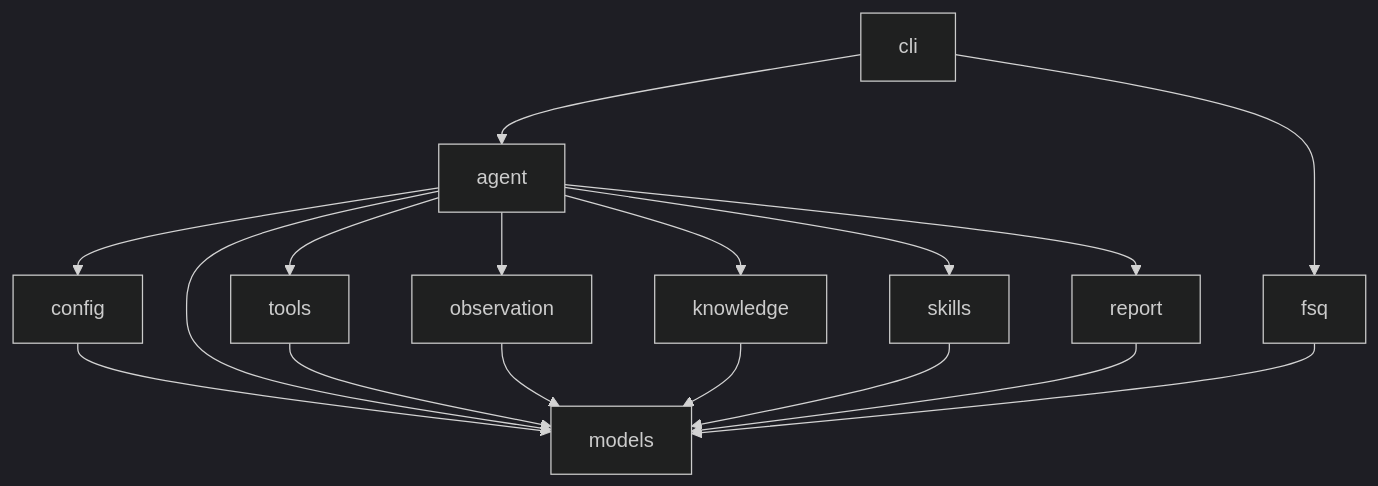
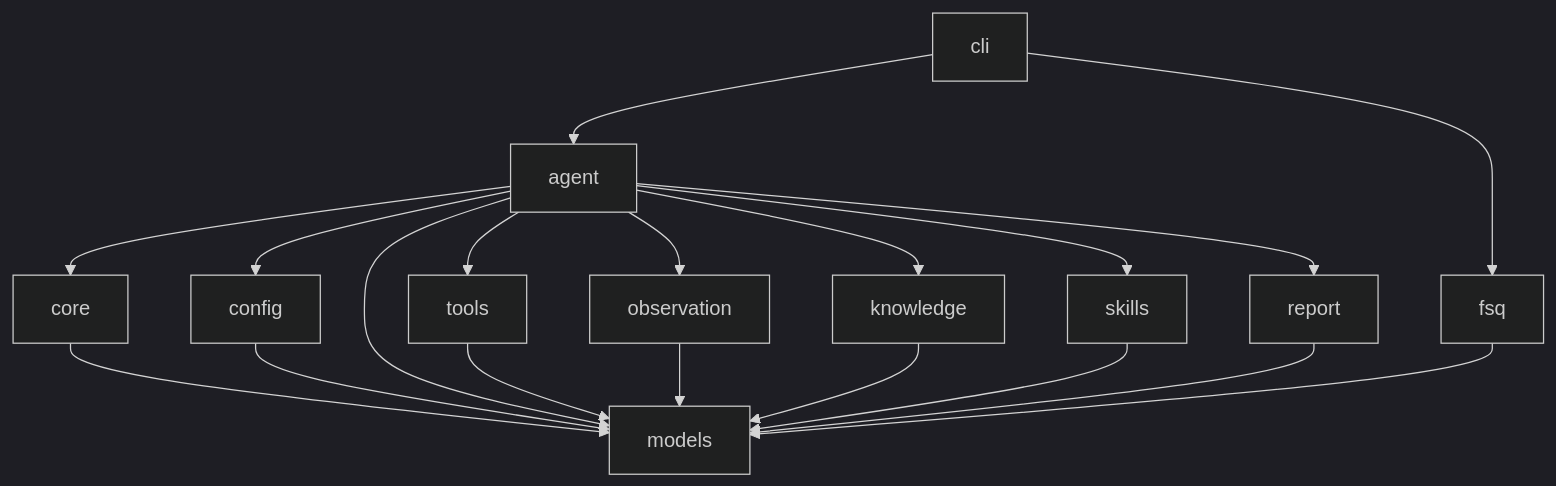
One commit to FSQ-lab/FSQ-Agent changed the diagram in CLAUDE.md. Above: the diagram before and after it, drawn with Mermaid (dark theme). The commit also changed other lines of this file and 3 other files, not shown here.

````diff
--- a/CLAUDE.md
+++ b/CLAUDE.md
@@ -22,19 +23,21 @@
 ```mermaid
 flowchart TD
     CLI[cli] --> Agent[agent]
     CLI --> FSQ[fsq]
+    Agent --> Core[core]
     Agent --> Config[config]
     Agent --> Models[models]
     Agent --> Tools[tools]
     Agent --> Observation[observation]
     Agent --> Knowledge[knowledge]
     Agent --> Skills[skills]
     Agent --> Report[report]
     Config --> Models
     Tools --> Models
     Observation --> Models
     Knowledge --> Models
     FSQ --> Models
     Skills --> Models
     Report --> Models
+    Core --> Models
 ```
````
